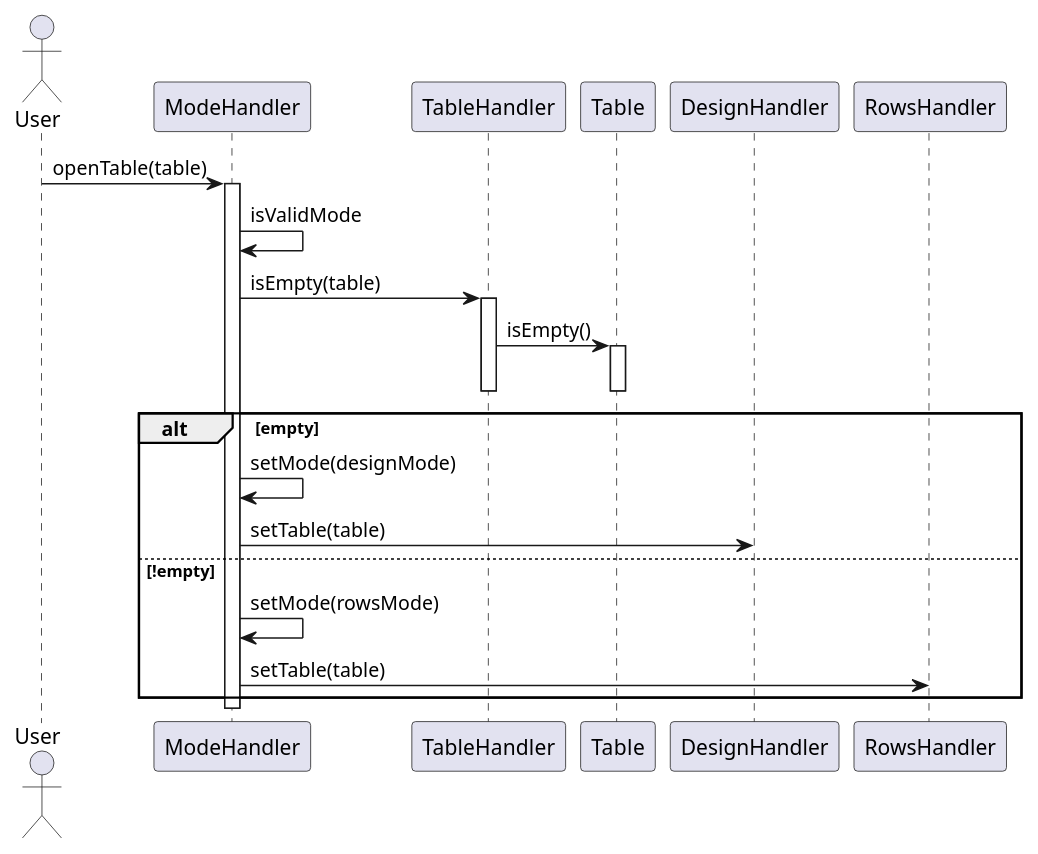
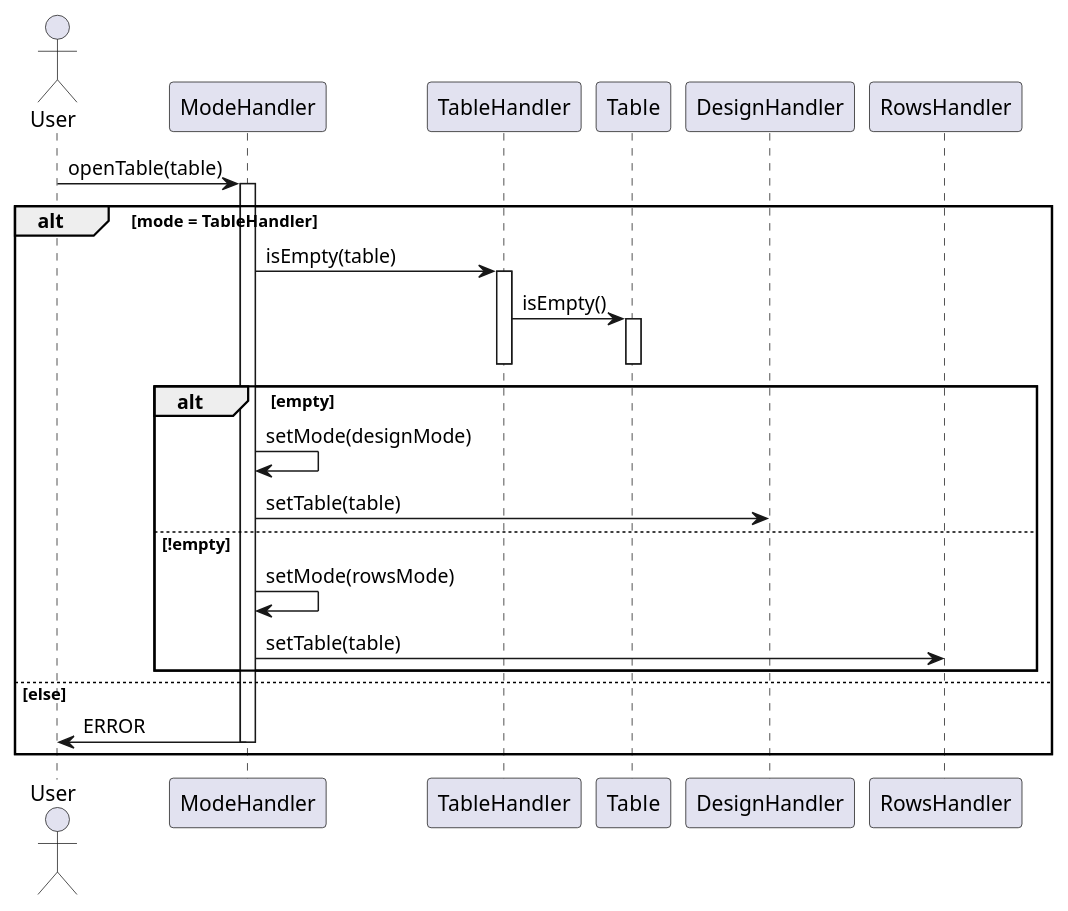
The diagram in diagrams/interactionDiagrams/openTable.puml (Bhamoss/softwareOntwerpProject), drawn with PlantUML before and after one commit.

Commit message:
Edited openTable ID

```diff
--- a/diagrams/interactionDiagrams/openTable.puml
+++ b/diagrams/interactionDiagrams/openTable.puml
@@ -1,23 +1,26 @@
 @startuml
 actor User
 User -> ModeHandler: openTable(table)
 activate ModeHandler
-ModeHandler -> ModeHandler: isValidMode
+alt mode = TableHandler
 ModeHandler -> TableHandler: isEmpty(table)
 activate TableHandler
 TableHandler -> Table: isEmpty()
 activate Table
 deactivate Table
 deactivate TableHandler
 alt empty
     ModeHandler -> ModeHandler: setMode(designMode)
     ModeHandler -> DesignHandler: setTable(table)
 else !empty
     ModeHandler -> ModeHandler: setMode(rowsMode)
     ModeHandler -> RowsHandler: setTable(table)
 
 
 end
+else else
+ModeHandler -> User: ERROR
 deactivate ModeHandler
+end
 
 @enduml
```
